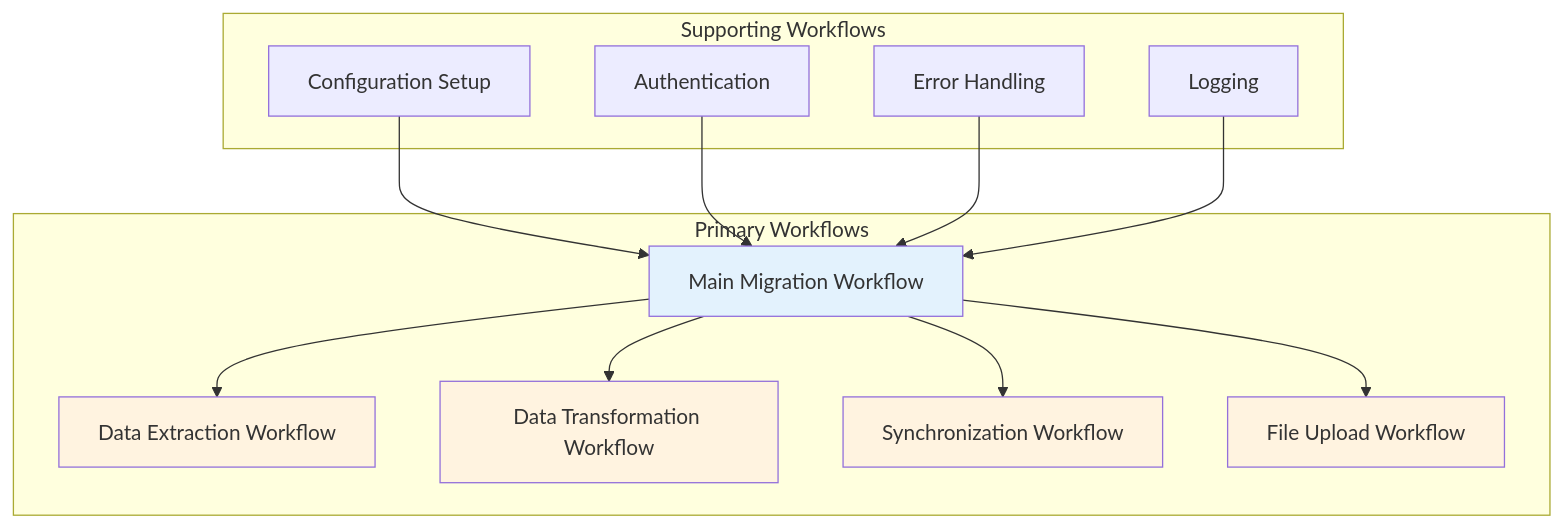
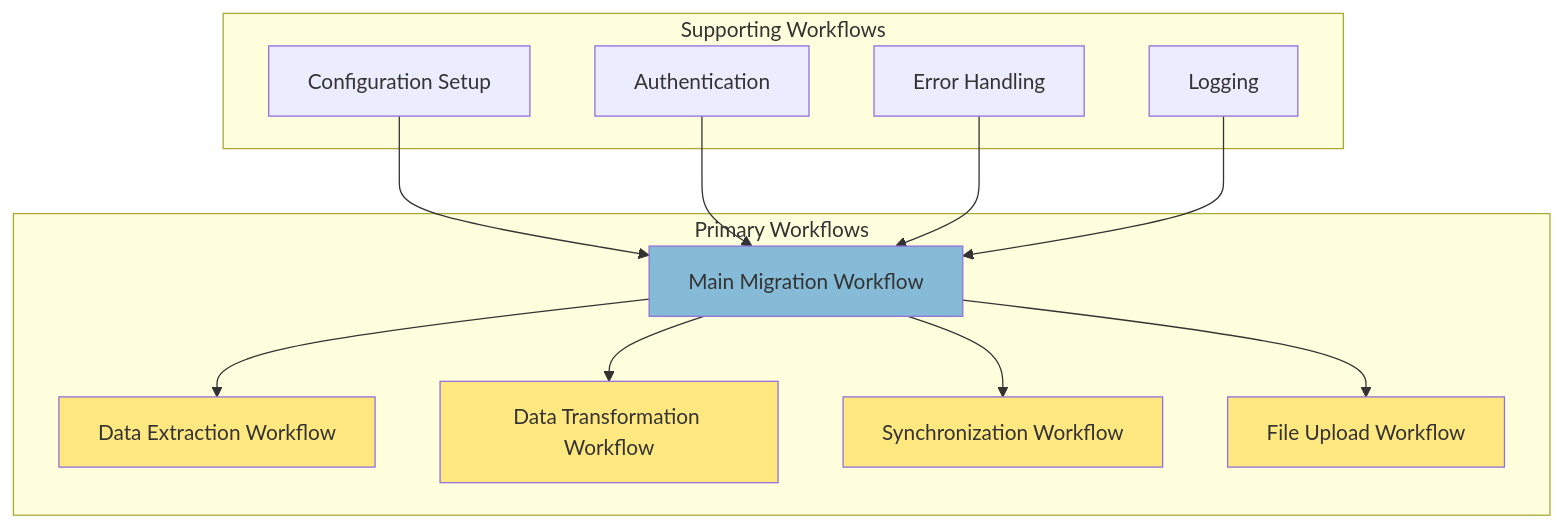
The first of 16 diagrams in docs/workflows/index.qmd (Stadt-Geschichte-Basel/omeka2dsp), drawn with Mermaid before and after one commit. The commit also changed other lines of this file and 22 other files, not shown here.

````diff
--- a/docs/workflows/index.qmd
+++ b/docs/workflows/index.qmd
@@ -12,39 +12,39 @@
 ```{mermaid}
 graph TB
     subgraph "Primary Workflows"
         A[Main Migration Workflow]
         B[Data Extraction Workflow]
         C[Data Transformation Workflow]
         D[Synchronization Workflow]
         E[File Upload Workflow]
     end
     
     subgraph "Supporting Workflows"
         F[Configuration Setup]
         G[Authentication]
         H[Error Handling]
         I[Logging]
     end
     
     A --> B
     A --> C
     A --> D
     A --> E
     
     F --> A
     G --> A
     H --> A
     I --> A
 
     click A href "#main-migration-workflow"
     click B href "#data-extraction-workflow"
     click C href "#data-transformation-workflow"
     click D href "#synchronization-workflow"
     click E href "#file-upload-workflow"
     
-    style A fill:#e3f2fd
-    style B fill:#fff3e0
-    style C fill:#fff3e0
-    style D fill:#fff3e0
-    style E fill:#fff3e0
+    style A fill:#86bbd8
+    style B fill:#ffe880
+    style C fill:#ffe880
+    style D fill:#ffe880
+    style E fill:#ffe880
 ```
````
